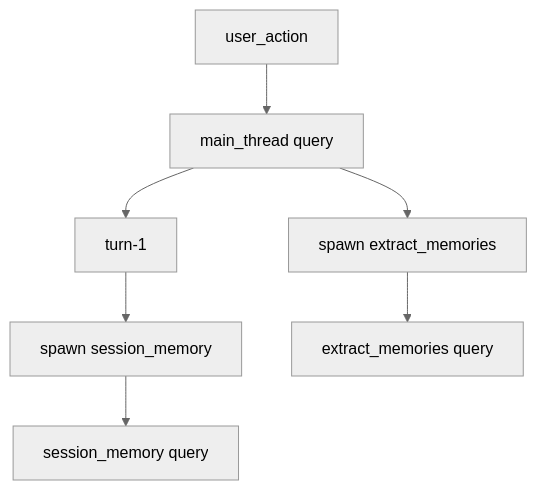
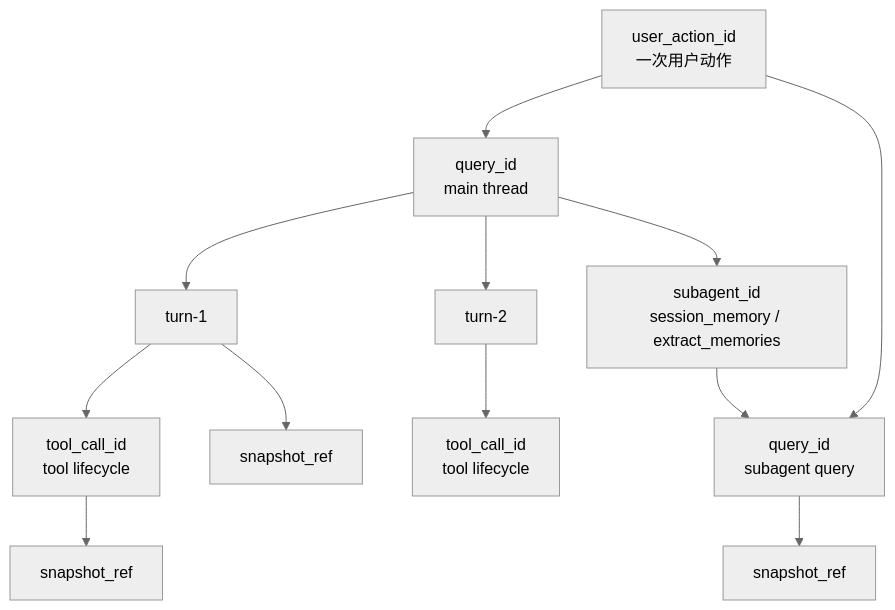
One commit to Bob10492/claude-code-poor changed the third of 18 diagrams in README.md. Above: the diagram before and after it, drawn with Mermaid (neutral theme). The commit also changed other lines of this file, not shown here.

````diff
--- a/README.md
+++ b/README.md
@@ -308,13 +177,17 @@
 ```mermaid
 flowchart TD
-  UA[user_action]
-  Q0[main_thread query]
-  T1[turn-1]
-  S1[spawn session_memory]
-  Q1[session_memory query]
-  S2[spawn extract_memories]
-  Q2[extract_memories query]
-  UA --> Q0 --> T1
-  T1 --> S1 --> Q1
-  Q0 --> S2 --> Q2
+  UA[user_action_id<br/>一次用户动作] --> Q0[query_id<br/>main thread]
+  UA --> Q1[query_id<br/>subagent query]
+
+  Q0 --> T0[turn-1]
+  Q0 --> T1[turn-2]
+  T0 --> Tool0[tool_call_id<br/>tool lifecycle]
+  T1 --> Tool1[tool_call_id<br/>tool lifecycle]
+
+  Q0 --> Sub[subagent_id<br/>session_memory / extract_memories]
+  Sub --> Q1
+
+  T0 --> Snap0[snapshot_ref]
+  Tool0 --> Snap1[snapshot_ref]
+  Q1 --> Snap2[snapshot_ref]
 ```
````
